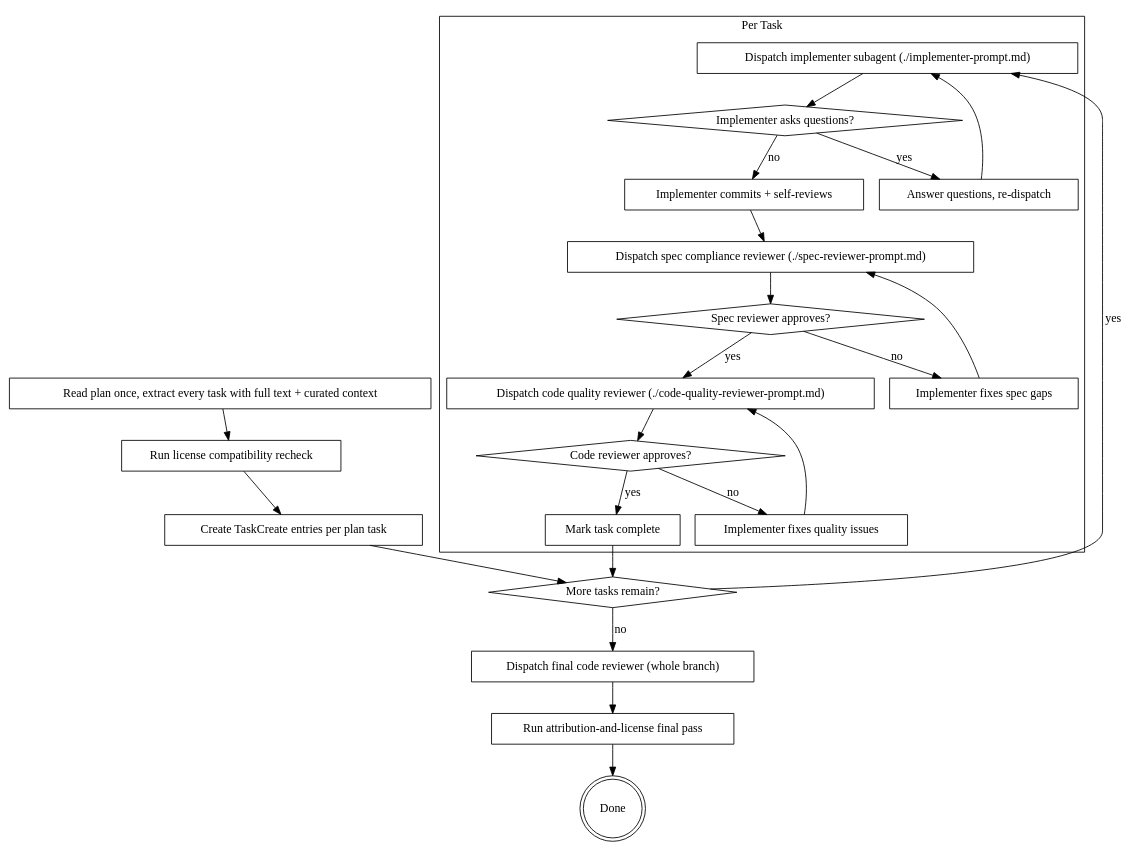
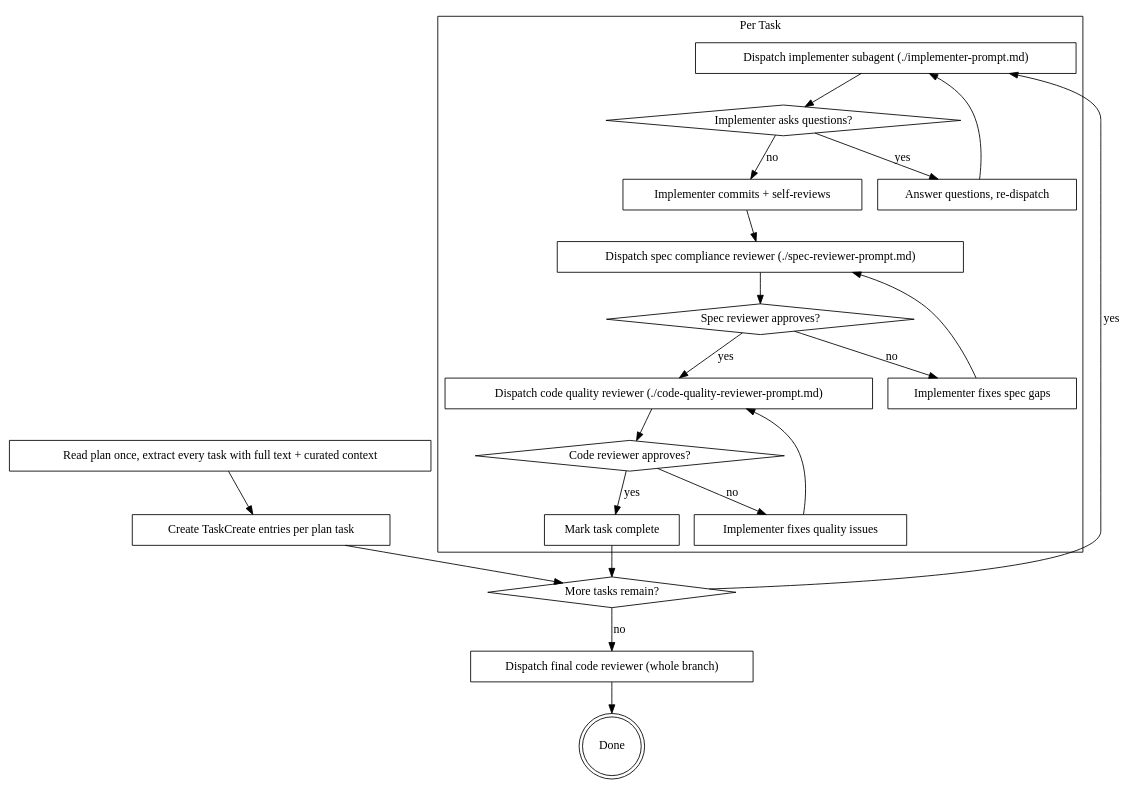
The second of 2 diagrams in skills/distillation-execution/SKILL.md (duongnghia222/code-distilling), drawn with Graphviz before and after one commit. The commit also changed other lines of this file and 16 other files, not shown here.

````diff
--- a/skills/distillation-execution/SKILL.md
+++ b/skills/distillation-execution/SKILL.md
@@ -44,51 +44,47 @@
 ```dot
 digraph process {
     rankdir=TB;
 
     "Read plan once, extract every task with full text + curated context" [shape=box];
-    "Run license compatibility recheck" [shape=box];
     "Create TaskCreate entries per plan task" [shape=box];
 
     subgraph cluster_per_task {
         label="Per Task";
         "Dispatch implementer subagent (./implementer-prompt.md)" [shape=box];
         "Implementer asks questions?" [shape=diamond];
         "Answer questions, re-dispatch" [shape=box];
         "Implementer commits + self-reviews" [shape=box];
         "Dispatch spec compliance reviewer (./spec-reviewer-prompt.md)" [shape=box];
         "Spec reviewer approves?" [shape=diamond];
         "Implementer fixes spec gaps" [shape=box];
         "Dispatch code quality reviewer (./code-quality-reviewer-prompt.md)" [shape=box];
         "Code reviewer approves?" [shape=diamond];
         "Implementer fixes quality issues" [shape=box];
         "Mark task complete" [shape=box];
     }
 
     "More tasks remain?" [shape=diamond];
     "Dispatch final code reviewer (whole branch)" [shape=box];
-    "Run attribution-and-license final pass" [shape=box];
     "Done" [shape=doublecircle];
 
-    "Read plan once, extract every task with full text + curated context" -> "Run license compatibility recheck";
-    "Run license compatibility recheck" -> "Create TaskCreate entries per plan task";
+    "Read plan once, extract every task with full text + curated context" -> "Create TaskCreate entries per plan task";
     "Create TaskCreate entries per plan task" -> "More tasks remain?";
     "More tasks remain?" -> "Dispatch implementer subagent (./implementer-prompt.md)" [label="yes"];
     "Dispatch implementer subagent (./implementer-prompt.md)" -> "Implementer asks questions?";
     "Implementer asks questions?" -> "Answer questions, re-dispatch" [label="yes"];
     "Answer questions, re-dispatch" -> "Dispatch implementer subagent (./implementer-prompt.md)";
     "Implementer asks questions?" -> "Implementer commits + self-reviews" [label="no"];
     "Implementer commits + self-reviews" -> "Dispatch spec compliance reviewer (./spec-reviewer-prompt.md)";
     "Dispatch spec compliance reviewer (./spec-reviewer-prompt.md)" -> "Spec reviewer approves?";
     "Spec reviewer approves?" -> "Implementer fixes spec gaps" [label="no"];
     "Implementer fixes spec gaps" -> "Dispatch spec compliance reviewer (./spec-reviewer-prompt.md)";
     "Spec reviewer approves?" -> "Dispatch code quality reviewer (./code-quality-reviewer-prompt.md)" [label="yes"];
     "Dispatch code quality reviewer (./code-quality-reviewer-prompt.md)" -> "Code reviewer approves?";
     "Code reviewer approves?" -> "Implementer fixes quality issues" [label="no"];
     "Implementer fixes quality issues" -> "Dispatch code quality reviewer (./code-quality-reviewer-prompt.md)";
     "Code reviewer approves?" -> "Mark task complete" [label="yes"];
     "Mark task complete" -> "More tasks remain?";
     "More tasks remain?" -> "Dispatch final code reviewer (whole branch)" [label="no"];
-    "Dispatch final code reviewer (whole branch)" -> "Run attribution-and-license final pass";
-    "Run attribution-and-license final pass" -> "Done";
+    "Dispatch final code reviewer (whole branch)" -> "Done";
 }
 ```
````
